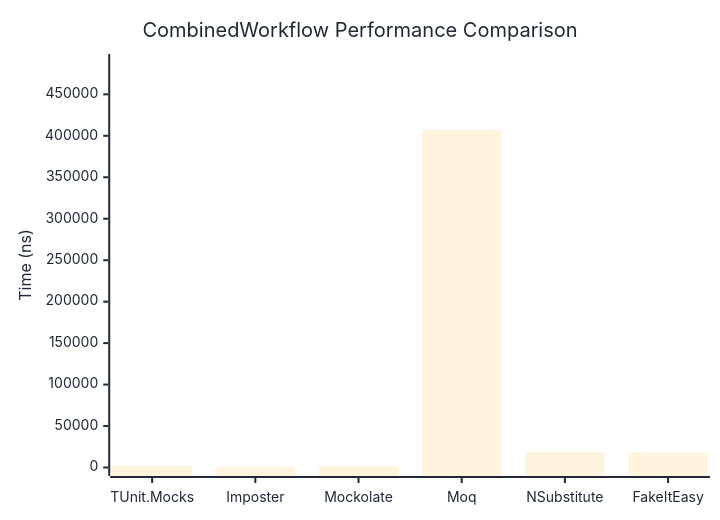
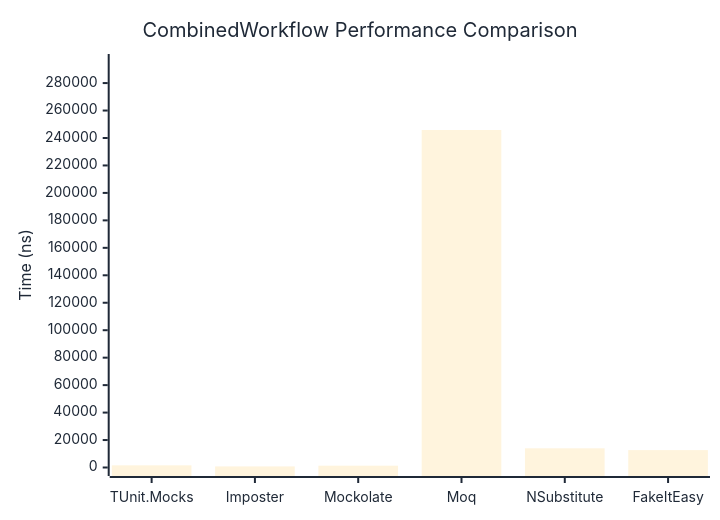
The diagram in docs/docs/benchmarks/mocks/CombinedWorkflow.md (thomhurst/TUnit), drawn with Mermaid before and after one commit. The commit also changed other lines of this file and 14 other files, not shown here.

````diff
--- a/docs/docs/benchmarks/mocks/CombinedWorkflow.md
+++ b/docs/docs/benchmarks/mocks/CombinedWorkflow.md
@@ -30,27 +30,27 @@
 ```mermaid
 %%{init: {
   'theme':'base',
   'themeVariables': {
     'primaryColor': '#2563eb',
     'primaryTextColor': '#1f2937',
     'primaryBorderColor': '#1e40af',
     'lineColor': '#6b7280',
     'secondaryColor': '#7c3aed',
     'tertiaryColor': '#dc2626',
     'background': '#ffffff',
     'pie1': '#2563eb',
     'pie2': '#7c3aed',
     'pie3': '#dc2626',
     'pie4': '#f59e0b',
     'pie5': '#10b981',
     'pie6': '#06b6d4',
     'pie7': '#ec4899',
     'pie8': '#6366f1'
   }
 }}%%
 xychart-beta
   title "CombinedWorkflow Performance Comparison"
   x-axis ["TUnit.Mocks", "Imposter", "Mockolate", "Moq", "NSubstitute", "FakeItEasy"]
-  y-axis "Time (ns)" 0 --> 488397
-  bar [1928.5, 909.1, 1660.2, 406997.5, 18940.9, 18132.8]
+  y-axis "Time (ns)" 0 --> 294988
+  bar [1574.4, 789.3, 1318.8, 245822.9, 13990.3, 12675.2]
 ```
````
